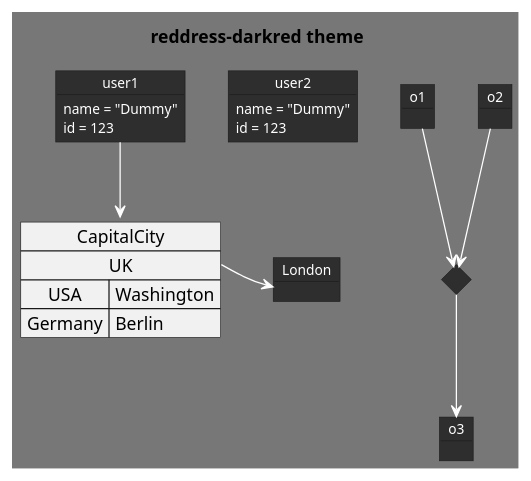
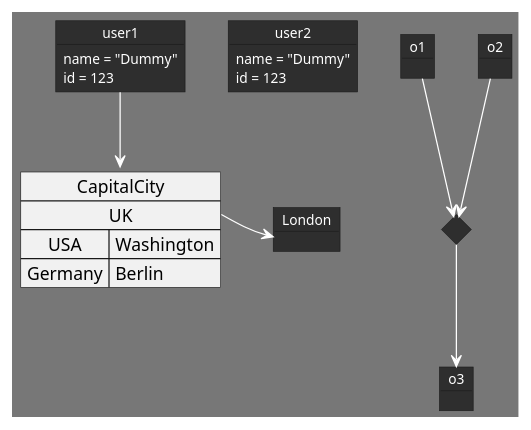
Before and after one commit to The-Lum/puml-themes-gallery: the diagram in gallery/Object-reddress-darkred.puml, drawn with PlantUML. The commit also changed 1403 other files, not shown here.

```diff
--- a/gallery/Object-reddress-darkred.puml
+++ b/gallery/Object-reddress-darkred.puml
@@ -5,32 +5,31 @@
 @startuml
 !theme reddress-darkred
-title reddress-darkred theme
 
 object user1
 user1 : name = "Dummy"
 user1 : id = 123
 
 object user2 {
   name = "Dummy"
   id = 123
 }
 
 object o1
 object o2
 diamond dia
 object o3
 
 o1  --> dia
 o2  --> dia
 dia --> o3
 
 object London
 
 map CapitalCity {
  UK *-> London
  USA => Washington
  Germany => Berlin
 }
 
 user1 --> CapitalCity
 @enduml
```
